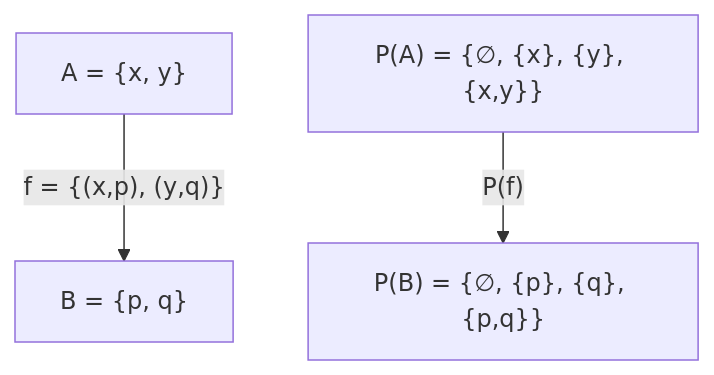
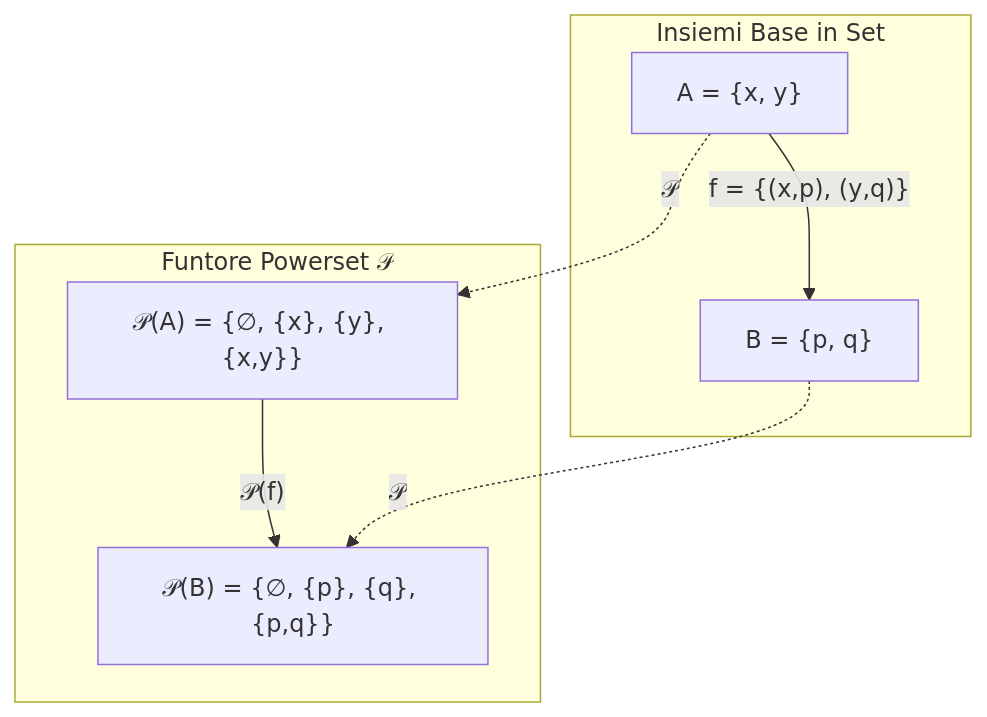
One commit to GitTonda/Obsidian changed the first of 10 diagrams in Linguaggi e Paradigmi di Programmazione/Risoluzioni Esercizi 3CFU/02 - Risoluzione Parte 2 (Funtori e Prove di Functorialità).md. Above: the diagram before and after it, drawn with Mermaid. The commit also changed other lines of this file and 31 other files, not shown here.

````diff
--- a/Linguaggi e Paradigmi di Programmazione/Risoluzioni Esercizi 3CFU/02 - Risoluzione Parte 2 (Funtori e Prove di Functorialità).md
+++ b/Linguaggi e Paradigmi di Programmazione/Risoluzioni Esercizi 3CFU/02 - Risoluzione Parte 2 (Funtori e Prove di Functorialità).md
@@ -28,5 +29,11 @@
-   ```mermaid
-   graph TD
-       A["A = {x, y}"] -->|"f = {(x,p), (y,q)}"| B["B = {p, q}"]
-       PA["P(A) = {∅, {x}, {y}, {x,y}}"] -->|"P(f)"| PB["P(B) = {∅, {p}, {q}, {p,q}}"]
-   ```
+```mermaid
+flowchart TD
+    subgraph Insiemi["Insiemi Base in Set"]
+        A["A = {x, y}"] -->|"f = {(x,p), (y,q)}"| B["B = {p, q}"]
+    end
+    subgraph Powerset["Funtore Powerset 𝒫"]
+        PA["𝒫(A) = {∅, {x}, {y}, {x,y}}"] -->|"𝒫(f)"| PB["𝒫(B) = {∅, {p}, {q}, {p,q}}"]
+    end
+    A -.->|"𝒫"| PA
+    B -.->|"𝒫"| PB
+```
````
